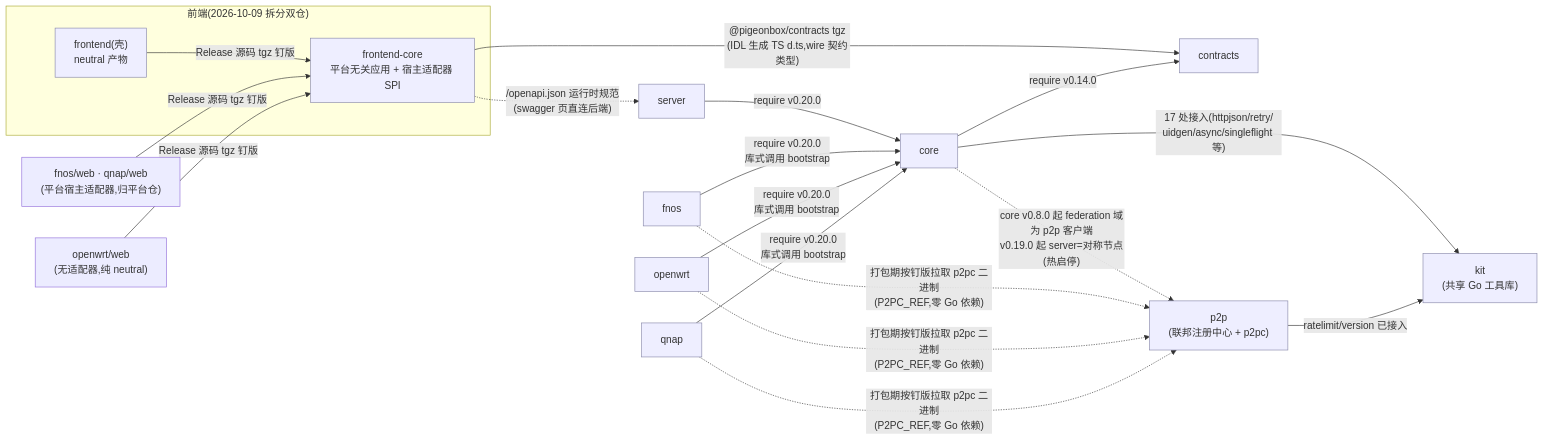
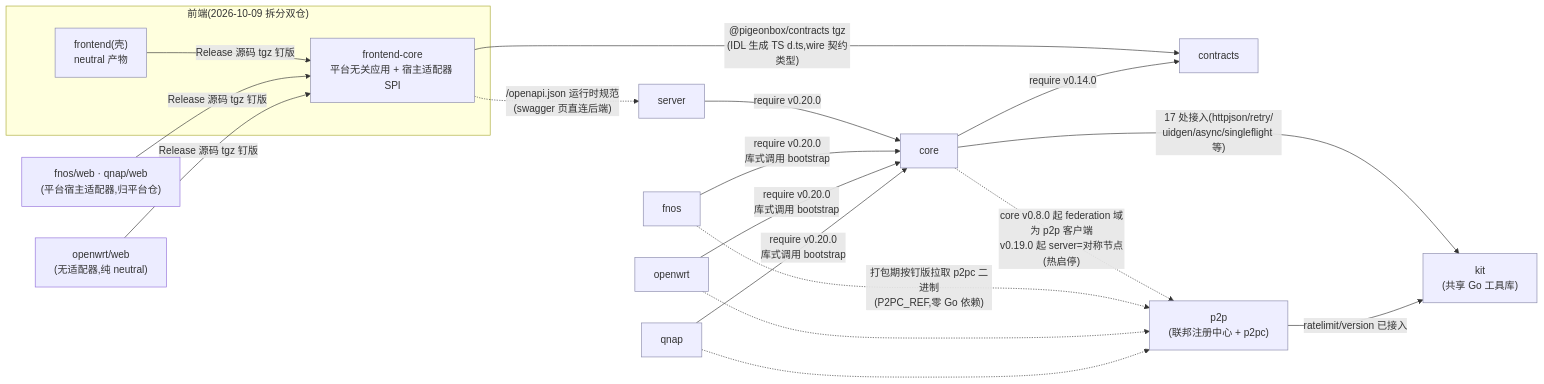
The second of 10 diagrams in docs/architecture.md (pigeonbox/pigeonbox), drawn with Mermaid before and after one commit. The commit also changed other lines of this file and 3 other files, not shown here.

First line of the commit message:
fix(docs-site): 架构图重画收窄 + 标签不再压折 + 图可放大查看

````diff
--- a/docs/architecture.md
+++ b/docs/architecture.md
@@ -50,26 +63,28 @@
 ```mermaid
 graph LR
     subgraph FEW["前端(2026-10-09 拆分双仓)"]
         FES["frontend(壳)<br/>neutral 产物"]
         FEC["frontend-core<br/>平台无关应用 + 宿主适配器 SPI"]
         FES -->|"Release 源码 tgz 钉版"| FEC
     end
     PW["fnos/web · qnap/web<br/>(平台宿主适配器,归平台仓)"] -->|"Release 源码 tgz 钉版"| FEC
     OWW["openwrt/web<br/>(无适配器,纯 neutral)"] -->|"Release 源码 tgz 钉版"| FEC
     FEC -->|"@pigeonbox/contracts tgz<br/>(IDL 生成 TS d.ts,wire 契约类型)"| CTX["contracts"]
     FEC -.->|"/openapi.json 运行时规范<br/>(swagger 页直连后端)"| SRV["server"]
     SRV -->|"require v0.20.0"| CORE["core"]
     FNOS["fnos"] -->|"require v0.20.0<br/>库式调用 bootstrap"| CORE
     OWRT["openwrt"] -->|"require v0.20.0<br/>库式调用 bootstrap"| CORE
     QNAPG["qnap"] -->|"require v0.20.0<br/>库式调用 bootstrap"| CORE
     CORE -->|"require v0.14.0"| CTX
     P2P["p2p<br/>(联邦注册中心 + p2pc)"]
     CORE -.->|"core v0.8.0 起 federation 域为 p2p 客户端<br/>v0.19.0 起 server=对称节点(热启停)"| P2P
-    FNOS & OWRT & QNAPG -.->|"打包期按钉版拉取 p2pc 二进制<br/>(P2PC_REF,零 Go 依赖)"| P2P
+    FNOS -.->|"打包期按钉版拉取 p2pc 二进制<br/>(P2PC_REF,零 Go 依赖)"| P2P
+    OWRT -.-> P2P
+    QNAPG -.-> P2P
     KIT["kit<br/>(共享 Go 工具库)"]
     CORE -->|"17 处接入(httpjson/retry/<br/>uidgen/async/singleflight 等)"| KIT
     P2P -->|"ratelimit/version 已接入"| KIT
 
     classDef plain fill:#eef,stroke:#88a
     class CTX,CORE,SRV,FES,FEC,FNOS,OWRT,QNAPG,P2P,KIT plain
 ```
````
